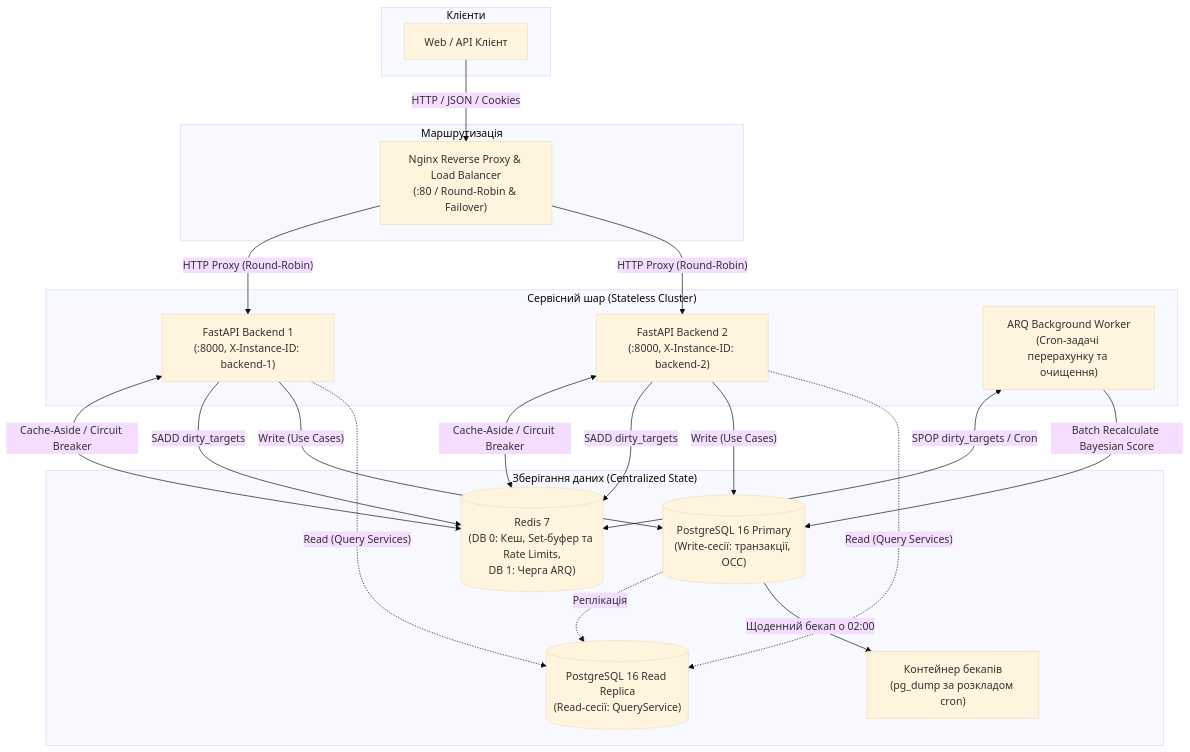
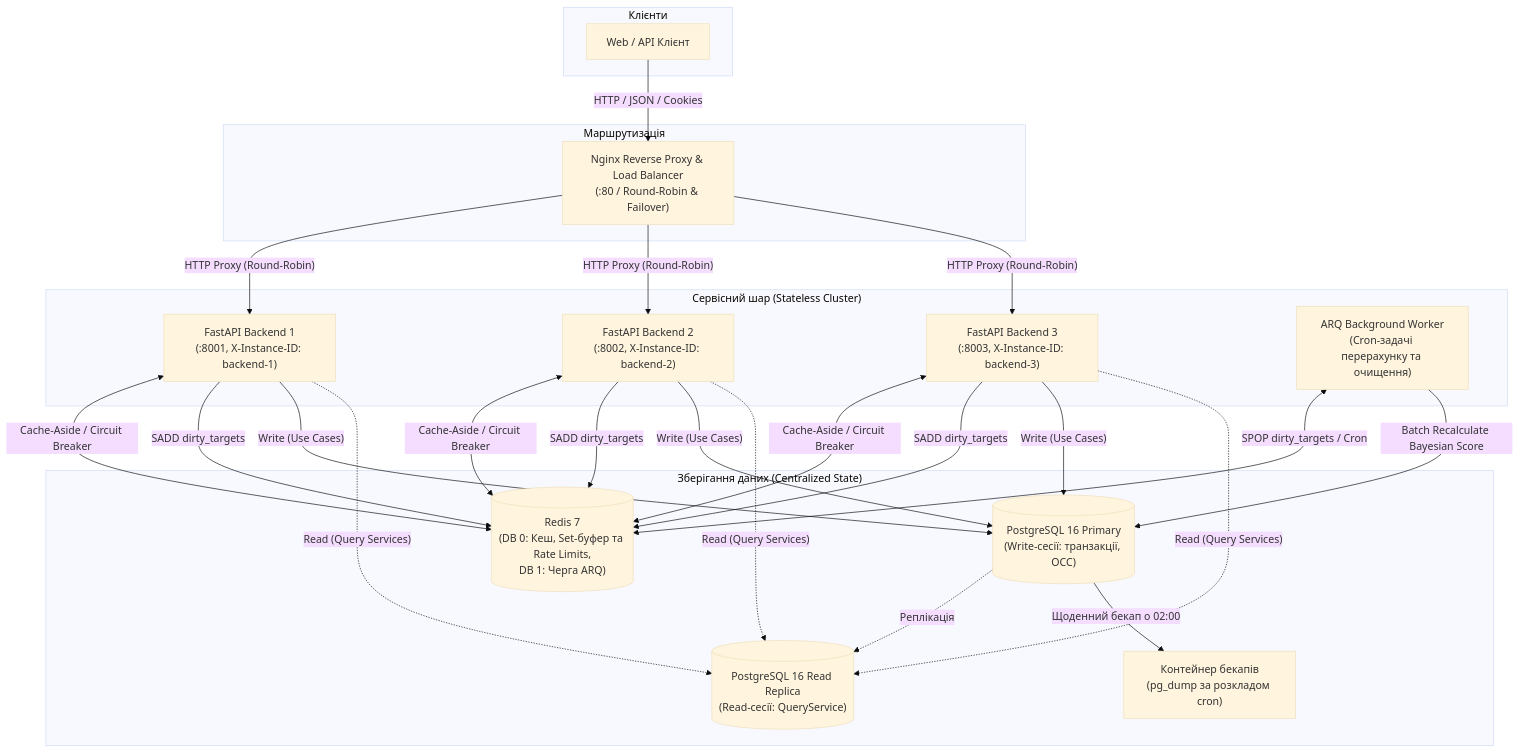
One commit to endi-27/rating-platform changed the second of 2 diagrams in README.md. Above: the diagram before and after it, drawn with Mermaid (base theme). The commit also changed other lines of this file and 8 other files, not shown here.

````diff
--- a/README.md
+++ b/README.md
@@ -94,43 +94,49 @@
 ```mermaid
 flowchart TD
     subgraph Clients["Клієнти"]
         Client["Web / API Клієнт"]
     end
 
     subgraph Edge["Маршрутизація"]
         Nginx["Nginx Reverse Proxy & Load Balancer\n(:80 / Round-Robin & Failover)"]
     end
 
     subgraph App["Сервісний шар (Stateless Cluster)"]
-        Backend1["FastAPI Backend 1\n(:8000, X-Instance-ID: backend-1)"]
-        Backend2["FastAPI Backend 2\n(:8000, X-Instance-ID: backend-2)"]
+        Backend1["FastAPI Backend 1\n(:8001, X-Instance-ID: backend-1)"]
+        Backend2["FastAPI Backend 2\n(:8002, X-Instance-ID: backend-2)"]
+        Backend3["FastAPI Backend 3\n(:8003, X-Instance-ID: backend-3)"]
         Worker["ARQ Background Worker\n(Cron-задачі перерахунку та очищення)"]
     end
 
     subgraph Storage["Зберігання даних (Centralized State)"]
         Redis[("Redis 7\n(DB 0: Кеш, Set-буфер та Rate Limits,\nDB 1: Черга ARQ)")]
         PostgresPrimary[("PostgreSQL 16 Primary\n(Write-сесії: транзакції, OCC)")]
         PostgresReplica[("PostgreSQL 16 Read Replica\n(Read-сесії: QueryService)")]
         Backup["Контейнер бекапів\n(pg_dump за розкладом cron)"]
     end
 
     Client -->|"HTTP / JSON / Cookies"| Nginx
     Nginx -->|"HTTP Proxy (Round-Robin)"| Backend1
     Nginx -->|"HTTP Proxy (Round-Robin)"| Backend2
+    Nginx -->|"HTTP Proxy (Round-Robin)"| Backend3
 
     Backend1 <-->|"Cache-Aside / Circuit Breaker"| Redis
     Backend2 <-->|"Cache-Aside / Circuit Breaker"| Redis
+    Backend3 <-->|"Cache-Aside / Circuit Breaker"| Redis
     Backend1 -->|"SADD dirty_targets"| Redis
     Backend2 -->|"SADD dirty_targets"| Redis
+    Backend3 -->|"SADD dirty_targets"| Redis
 
     Worker <-->|"SPOP dirty_targets / Cron"| Redis
     Worker -->|"Batch Recalculate Bayesian Score"| PostgresPrimary
 
     Backend1 -->|"Write (Use Cases)"| PostgresPrimary
     Backend2 -->|"Write (Use Cases)"| PostgresPrimary
+    Backend3 -->|"Write (Use Cases)"| PostgresPrimary
     Backend1 -.->|"Read (Query Services)"| PostgresReplica
     Backend2 -.->|"Read (Query Services)"| PostgresReplica
+    Backend3 -.->|"Read (Query Services)"| PostgresReplica
 
     PostgresPrimary -.->|"Реплікація"| PostgresReplica
     PostgresPrimary -->|"Щоденний бекап о 02:00"| Backup
 ```
````
